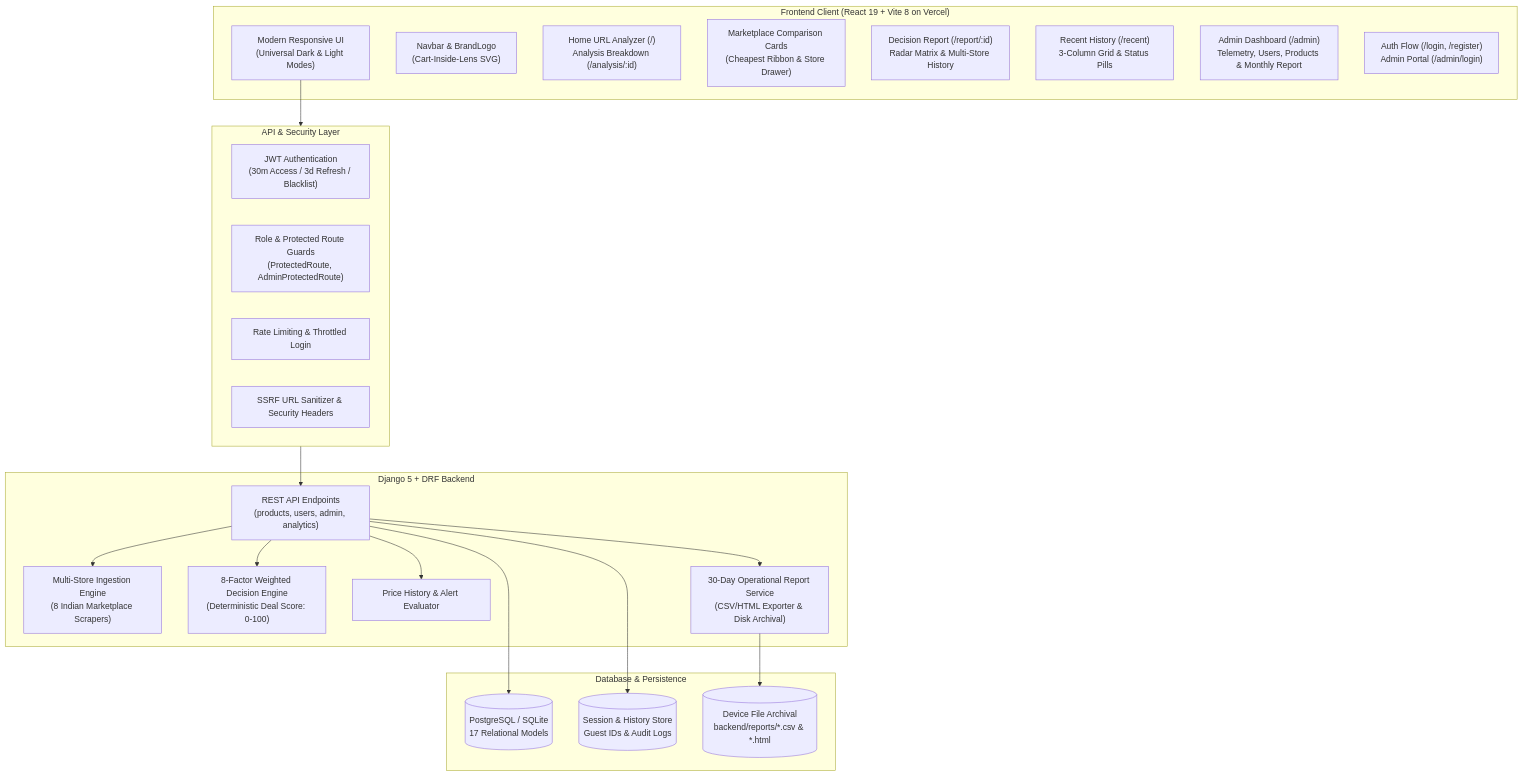
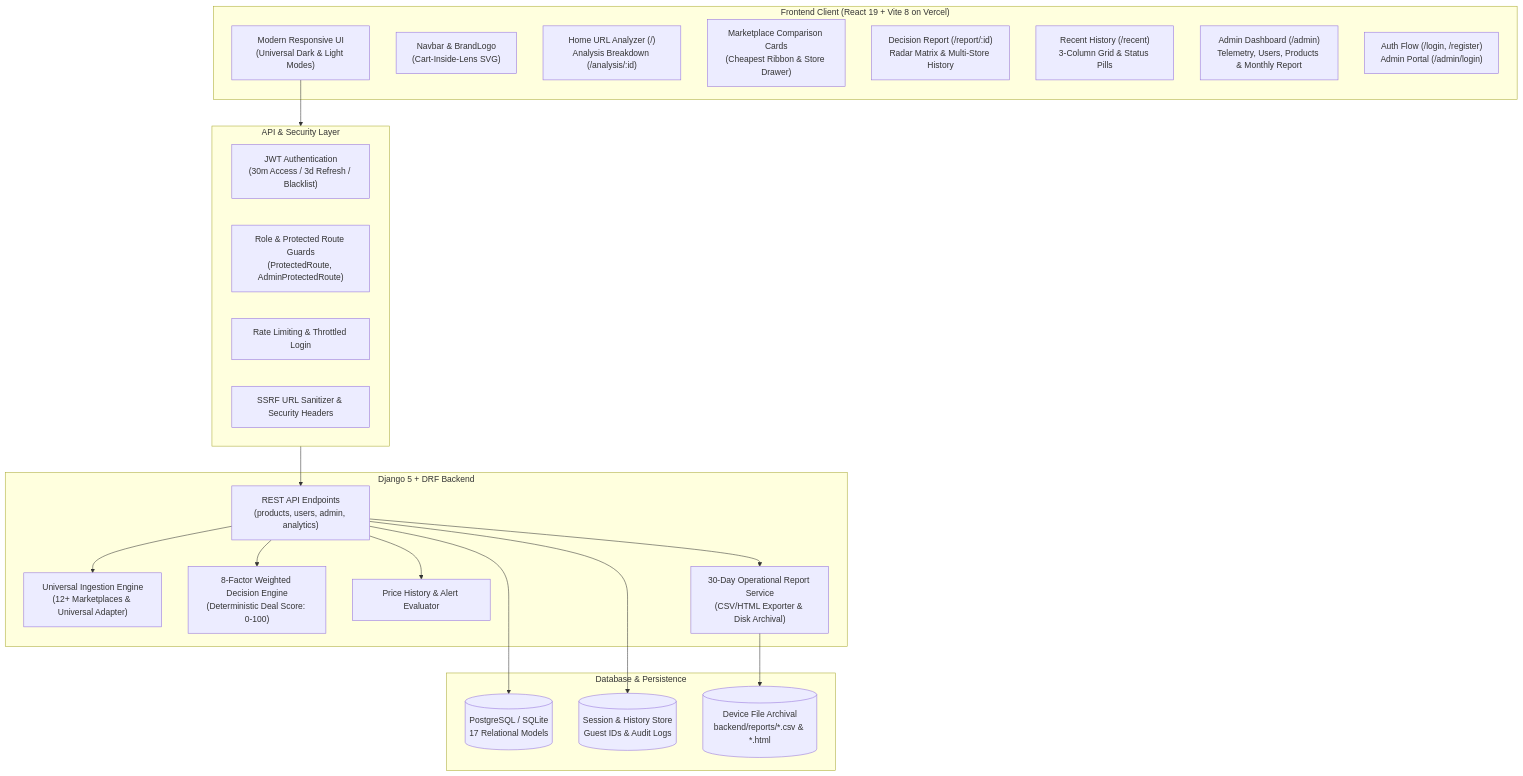
Before and after one commit to Pk246910/DealLens: the diagram in README.md, drawn with Mermaid. The commit also changed other lines of this file and 26 other files, not shown here.

Commit message:
feat: multi-category universal URL analyzer, authentic details extraction & auth guard

````diff
--- a/README.md
+++ b/README.md
@@ -101,44 +109,44 @@
 ```mermaid
 flowchart TD
     subgraph Client["Frontend Client (React 19 + Vite 8 on Vercel)"]
         UI["Modern Responsive UI\n(Universal Dark & Light Modes)"]
         NAV["Navbar & BrandLogo\n(Cart-Inside-Lens SVG)"]
         HOME["Home URL Analyzer (/)\nAnalysis Breakdown (/analysis/:id)"]
         CARDS["Marketplace Comparison Cards\n(Cheapest Ribbon & Store Drawer)"]
         REPORT["Decision Report (/report/:id)\nRadar Matrix & Multi-Store History"]
         RECENT["Recent History (/recent)\n3-Column Grid & Status Pills"]
         ADMIN_PAGE["Admin Dashboard (/admin)\nTelemetry, Users, Products & Monthly Report"]
         AUTH_VIEWS["Auth Flow (/login, /register)\nAdmin Portal (/admin/login)"]
     end
 
     subgraph Gateway["API & Security Layer"]
         JWT["JWT Authentication\n(30m Access / 3d Refresh / Blacklist)"]
         GUARDS["Role & Protected Route Guards\n(ProtectedRoute, AdminProtectedRoute)"]
         THROTTLE["Rate Limiting & Throttled Login"]
         SSRF["SSRF URL Sanitizer & Security Headers"]
     end
 
     subgraph Backend["Django 5 + DRF Backend"]
         REST["REST API Endpoints\n(products, users, admin, analytics)"]
-        EXTRACT["Multi-Store Ingestion Engine\n(8 Indian Marketplace Scrapers)"]
+        EXTRACT["Universal Ingestion Engine\n(12+ Marketplaces & Universal Adapter)"]
         AI_ENGINE["8-Factor Weighted Decision Engine\n(Deterministic Deal Score: 0-100)"]
         SCHEDULER["Price History & Alert Evaluator"]
         REPORT_SVC["30-Day Operational Report Service\n(CSV/HTML Exporter & Disk Archival)"]
     end
 
     subgraph Data["Database & Persistence"]
         DB[("PostgreSQL / SQLite\n17 Relational Models")]
         CACHE[("Session & History Store\nGuest IDs & Audit Logs")]
         DISK[("Device File Archival\nbackend/reports/*.csv & *.html")]
     end
 
     UI --> Gateway
     Gateway --> REST
     REST --> EXTRACT
     REST --> AI_ENGINE
     REST --> SCHEDULER
     REST --> REPORT_SVC
     REST --> DB
     REST --> CACHE
     REPORT_SVC --> DISK
 ```
````
